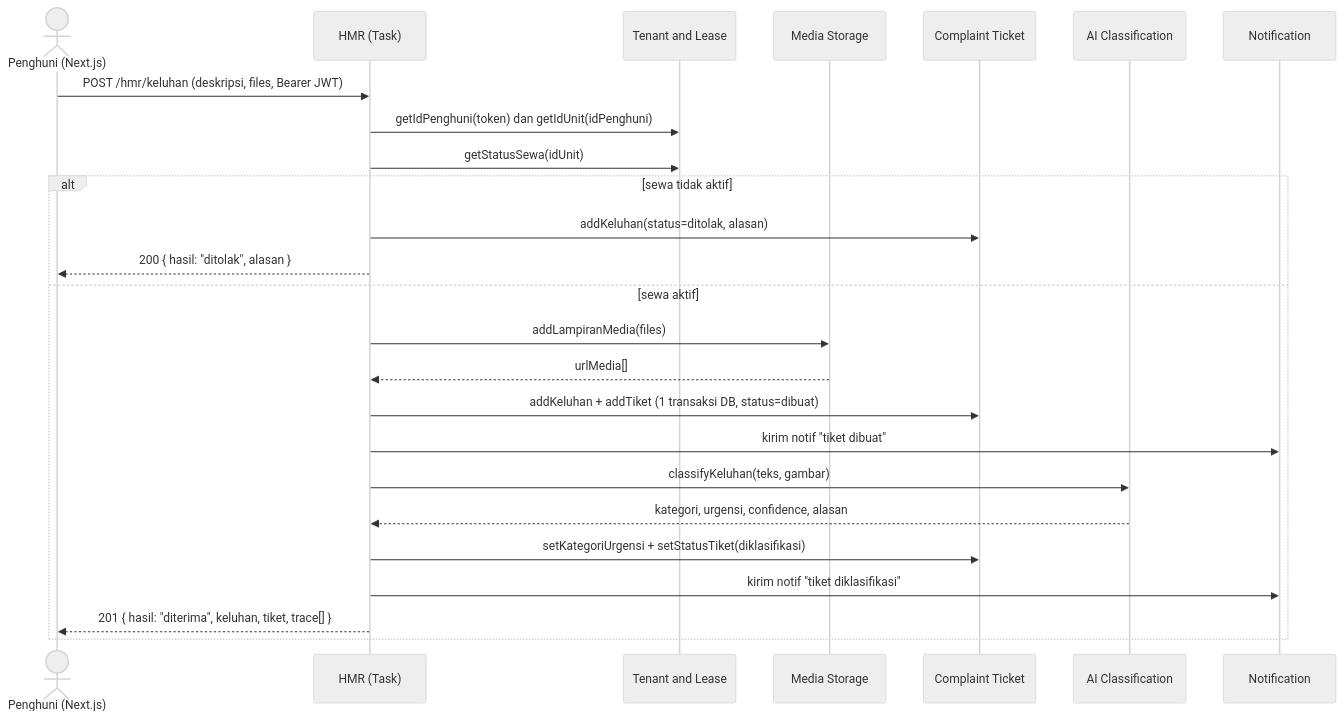
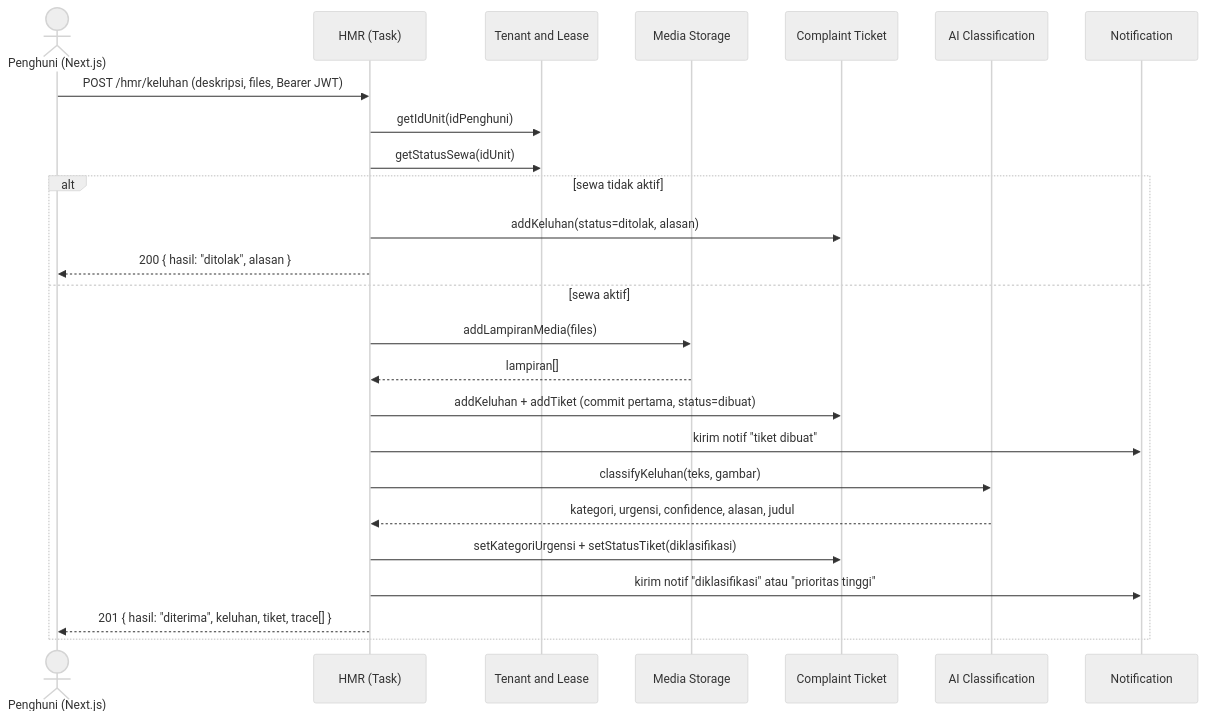
The diagram in docs/IMPLEMENTATION_PLAN.md (nicholasphalim/kosmos), drawn with Mermaid (neutral theme) before and after one commit. The commit also changed other lines of this file, not shown here.

````diff
--- a/docs/IMPLEMENTATION_PLAN.md
+++ b/docs/IMPLEMENTATION_PLAN.md
@@ -88,28 +113,28 @@
 ```mermaid
 sequenceDiagram
     actor P as Penghuni (Next.js)
     participant H as HMR (Task)
     participant T as Tenant and Lease
     participant M as Media Storage
     participant C as Complaint Ticket
     participant A as AI Classification
     participant N as Notification
 
     P->>H: POST /hmr/keluhan (deskripsi, files, Bearer JWT)
-    H->>T: getIdPenghuni(token) dan getIdUnit(idPenghuni)
+    H->>T: getIdUnit(idPenghuni)
     H->>T: getStatusSewa(idUnit)
     alt sewa tidak aktif
         H->>C: addKeluhan(status=ditolak, alasan)
         H-->>P: 200 { hasil: "ditolak", alasan }
     else sewa aktif
         H->>M: addLampiranMedia(files)
-        M-->>H: urlMedia[]
-        H->>C: addKeluhan + addTiket (1 transaksi DB, status=dibuat)
+        M-->>H: lampiran[]
+        H->>C: addKeluhan + addTiket (commit pertama, status=dibuat)
         H->>N: kirim notif "tiket dibuat"
         H->>A: classifyKeluhan(teks, gambar)
-        A-->>H: kategori, urgensi, confidence, alasan
+        A-->>H: kategori, urgensi, confidence, alasan, judul
         H->>C: setKategoriUrgensi + setStatusTiket(diklasifikasi)
-        H->>N: kirim notif "tiket diklasifikasi"
+        H->>N: kirim notif "diklasifikasi" atau "prioritas tinggi"
         H-->>P: 201 { hasil: "diterima", keluhan, tiket, trace[] }
     end
 ```
````
